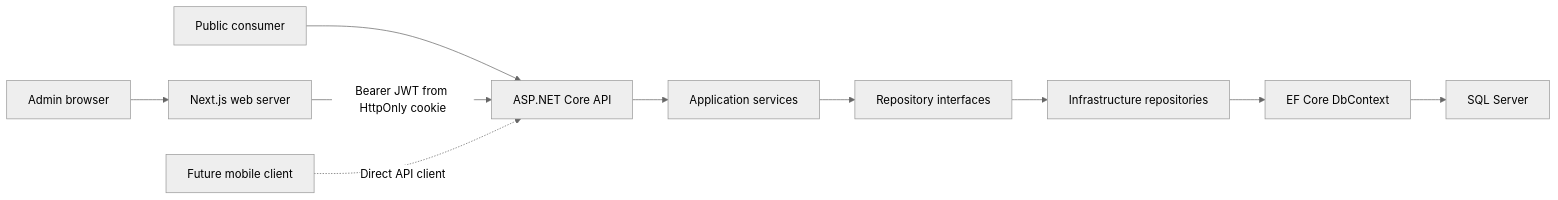
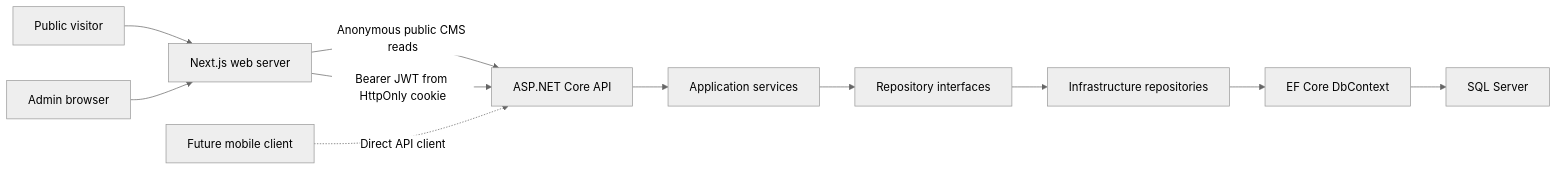
The diagram in docs/architecture/system-overview.md (KeroneC/el1te-spr1nt-athlet1cs), drawn with Mermaid (neutral theme) before and after one commit. The commit also changed other lines of this file and 42 other files, not shown here.

Commit message:
make cms reflect on public website

````diff
--- a/docs/architecture/system-overview.md
+++ b/docs/architecture/system-overview.md
@@ -9,12 +9,13 @@
 ```mermaid
 flowchart LR
-    Public["Public consumer"] --> API["ASP.NET Core API"]
+    Public["Public visitor"] --> Next["Next.js web server"]
+    Next -->|"Anonymous public CMS reads"| API["ASP.NET Core API"]
     Admin["Admin browser"] --> Next["Next.js web server"]
     Next -->|"Bearer JWT from HttpOnly cookie"| API
     Mobile["Future mobile client"] -.->|"Direct API client"| API
     API --> App["Application services"]
     App --> Repo["Repository interfaces"]
     Repo --> Infra["Infrastructure repositories"]
     Infra --> EF["EF Core DbContext"]
     EF --> DB["SQL Server"]
 ```
````
